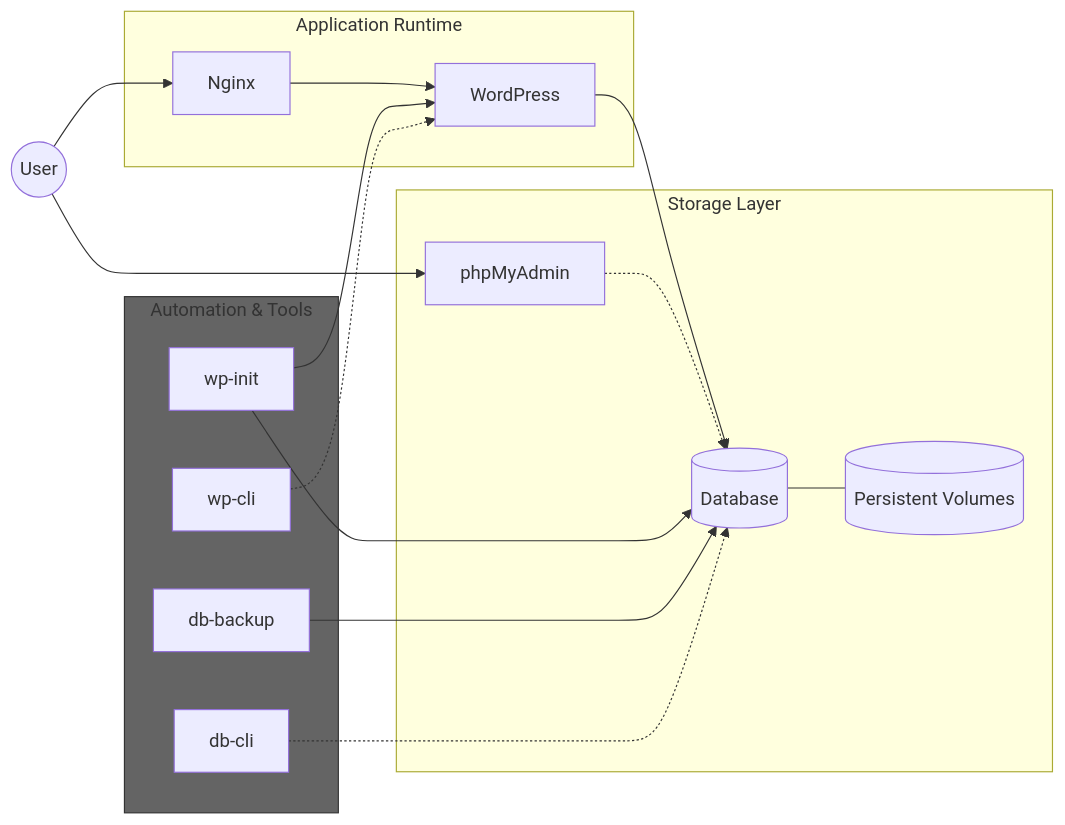
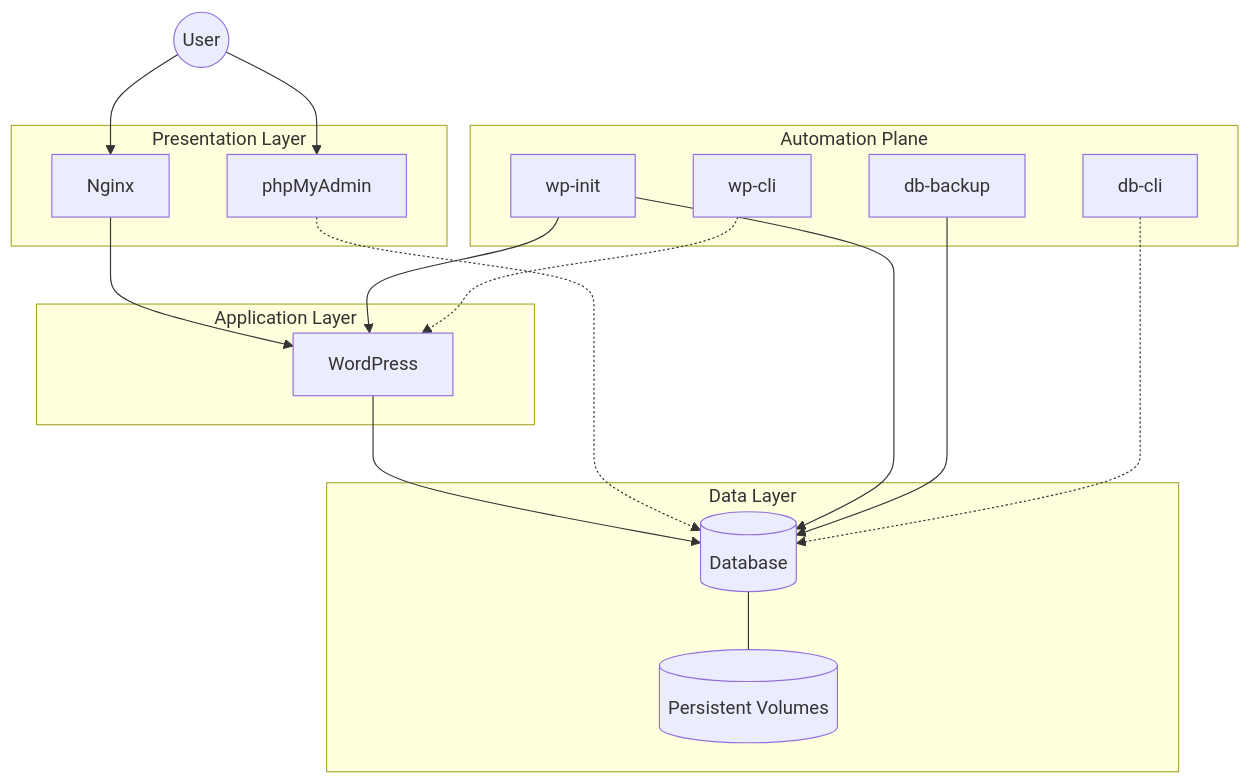
The diagram in README.md (taygumus/wp-docker-stack), drawn with Mermaid before and after one commit. The commit also changed other lines of this file, not shown here.

````diff
--- a/README.md
+++ b/README.md
@@ -221,25 +152,39 @@
 ```mermaid
-flowchart LR
-    User((User)) --> Nginx
-    User --> PMA[phpMyAdmin]
-    
-    subgraph App [Application Runtime]
-        Nginx --> WP[WordPress]
+flowchart TB
+    User((User))
+
+    subgraph Edge [Presentation Layer]
+        Nginx[Nginx]
+        PMA[phpMyAdmin]
     end
 
-    subgraph Data [Storage Layer]
-        WP --> DB[(Database)]
-        DB --- Vol[(Persistent Volumes)]
-        PMA -.-> DB
+    subgraph App [Application Layer]
+        WP[WordPress]
     end
 
-    subgraph Automation [Automation & Tools]
-        WP_INIT[wp-init] --> WP
-        WP_INIT --> DB
-        DB_BACKUP[db-backup] --> DB
-        WP_CLI[wp-cli] -.-> WP
-        DB_CLI[db-cli] -.-> DB
+    subgraph Data [Data Layer]
+        DB[(Database)]
+        Vol[(Persistent Volumes)]
     end
 
-    style Automation fill:#646464,stroke:#333
+    subgraph Ops [Automation Plane]
+        WP_INIT[wp-init]
+        DB_BACKUP[db-backup]
+        WP_CLI[wp-cli]
+        DB_CLI[db-cli]
+    end
+
+    User --> Nginx
+    User --> PMA
+
+    Nginx --> WP
+    WP --> DB
+    DB --- Vol
+    PMA -.-> DB
+
+    WP_INIT --> WP
+    WP_INIT --> DB
+    DB_BACKUP --> DB
+    WP_CLI -.-> WP
+    DB_CLI -.-> DB
 ```
````
